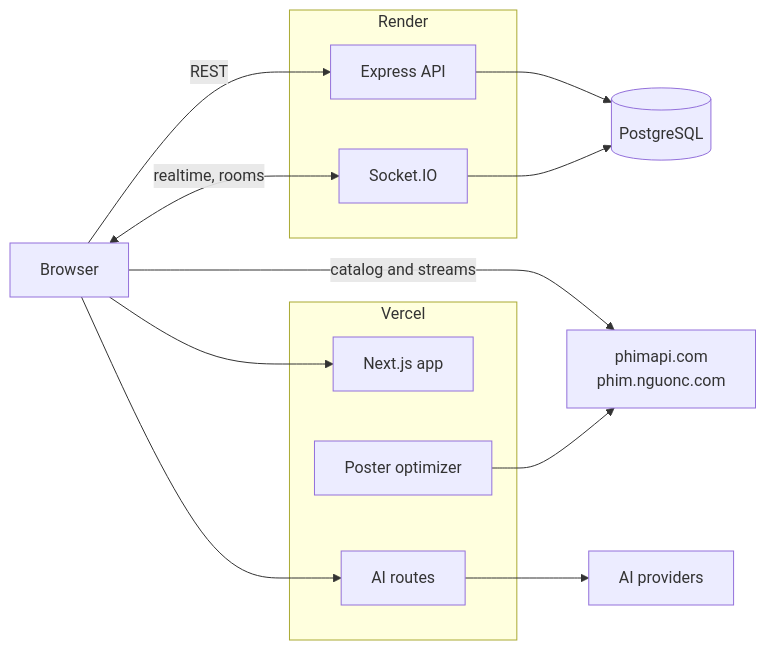
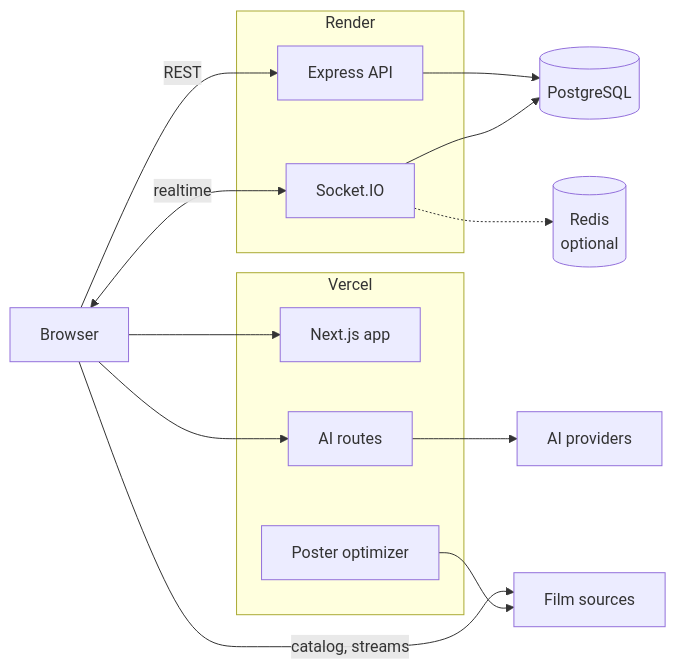
Before and after one commit to Huy-Nguyen-Chualambo/Z4Rum-social-media-app: the diagram in README.md, drawn with Mermaid. The commit also changed other lines of this file and 7 other files, not shown here.

````diff
--- a/README.md
+++ b/README.md
@@ -65,28 +119,30 @@
 ```mermaid
 flowchart LR
     B["Browser"]
 
     subgraph V["Vercel"]
         N["Next.js app"]
+        A["AI routes"]
         O["Poster optimizer"]
-        A["AI routes"]
     end
 
     subgraph R["Render"]
         E["Express API"]
         S["Socket.IO"]
     end
 
     P[("PostgreSQL")]
+    RD[("Redis<br/>optional")]
     AI["AI providers"]
-    F["phimapi.com<br/>phim.nguonc.com"]
+    F["Film sources"]
 
     B --> N
-    B -->|REST| E
-    B <-->|"realtime, rooms"| S
-    B -->|"catalog and streams"| F
+    B -->|"REST"| E
+    B <-->|"realtime"| S
     B --> A --> AI
+    B -->|"catalog, streams"| F
     O --> F
     E --> P
     S --> P
+    S -.-> RD
 ```
````
